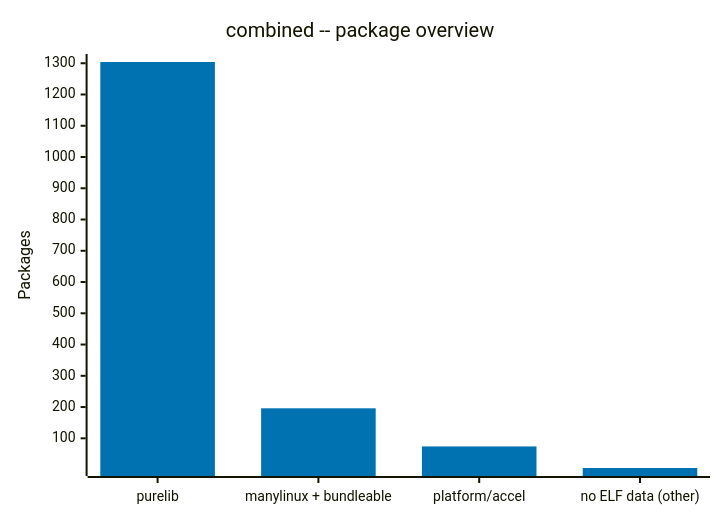
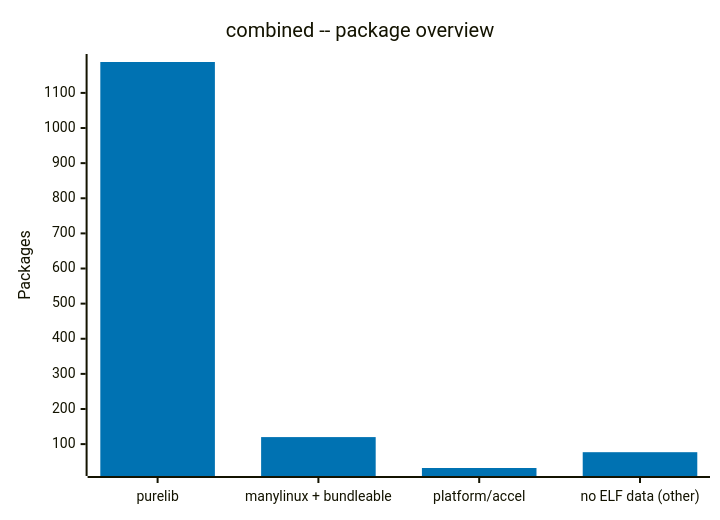
The diagram in data/rhoai-3.6-EA1/elf-analysis.md (tiran/sdist-analyzer-results), drawn with Mermaid before and after one commit. The commit also changed other lines of this file and 40015 other files, not shown here.

````diff
--- a/data/rhoai-3.6-EA1/elf-analysis.md
+++ b/data/rhoai-3.6-EA1/elf-analysis.md
@@ -25,8 +25,8 @@
 ```mermaid
 %%{init: {"theme": "base", "themeVariables": {"xyChart": {"plotColorPalette": "#0072B2, #009E73, #D55E00, #999999"}}}}%%
 xychart-beta
     title "combined -- package overview"
     x-axis ["purelib", "manylinux + bundleable", "platform/accel", "no ELF data (other)"]
     y-axis "Packages"
-    bar [1304, 196, 74, 5]
+    bar [1188, 120, 32, 77]
 ```
````
